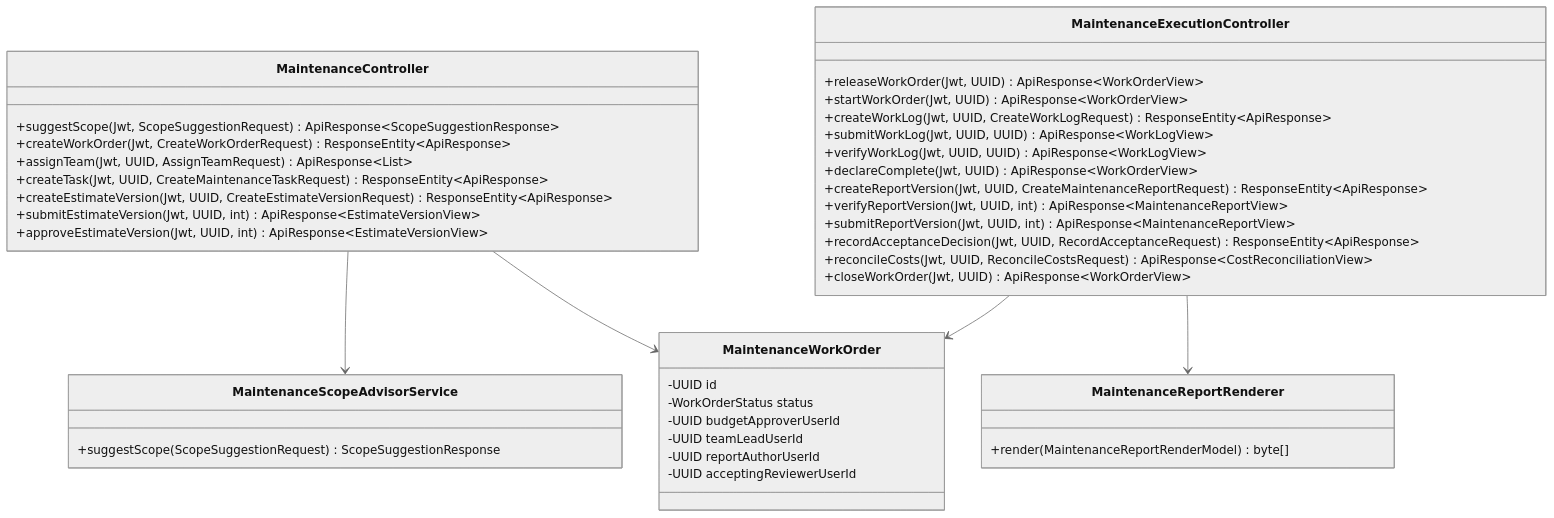
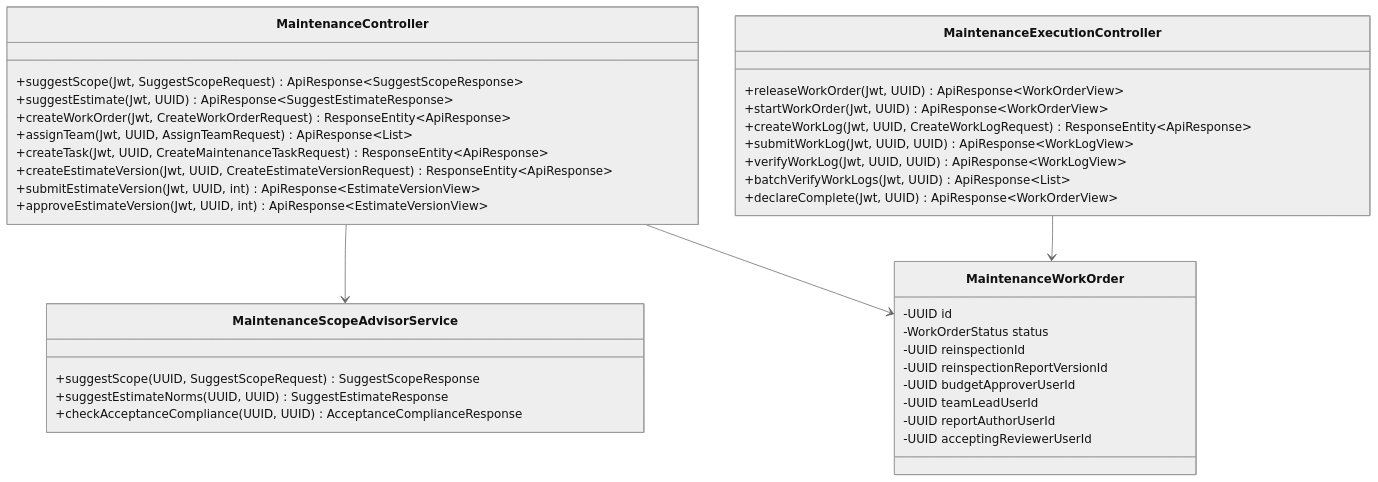
One commit to tungbach12/SmartDroneInspection-Docs changed diagram 19 of 23 in reports/report-4-software-design-document/03-detailed-design.md. Above: the diagram before and after it, drawn with Mermaid (neutral theme). The commit also changed other lines of this file and 245 other files, not shown here.

First line of the commit message:
docs(reports): synchronize all reports, diagrams, and test sheets to 5-role 8-feature baseline

````diff
--- a/reports/report-4-software-design-document/03-detailed-design.md
+++ b/reports/report-4-software-design-document/03-detailed-design.md
@@ -804,45 +796,41 @@
 ```mermaid
 %% title: Maintenance Work Order, RAG Advisor and Cost Control Class Diagram
 classDiagram
   class MaintenanceController {
-    +suggestScope(Jwt, ScopeSuggestionRequest) ApiResponse~ScopeSuggestionResponse~
+    +suggestScope(Jwt, SuggestScopeRequest) ApiResponse~SuggestScopeResponse~
+    +suggestEstimate(Jwt, UUID) ApiResponse~SuggestEstimateResponse~
     +createWorkOrder(Jwt, CreateWorkOrderRequest) ResponseEntity~ApiResponse~
     +assignTeam(Jwt, UUID, AssignTeamRequest) ApiResponse~List~
     +createTask(Jwt, UUID, CreateMaintenanceTaskRequest) ResponseEntity~ApiResponse~
     +createEstimateVersion(Jwt, UUID, CreateEstimateVersionRequest) ResponseEntity~ApiResponse~
     +submitEstimateVersion(Jwt, UUID, int) ApiResponse~EstimateVersionView~
     +approveEstimateVersion(Jwt, UUID, int) ApiResponse~EstimateVersionView~
   }
   class MaintenanceExecutionController {
     +releaseWorkOrder(Jwt, UUID) ApiResponse~WorkOrderView~
     +startWorkOrder(Jwt, UUID) ApiResponse~WorkOrderView~
     +createWorkLog(Jwt, UUID, CreateWorkLogRequest) ResponseEntity~ApiResponse~
     +submitWorkLog(Jwt, UUID, UUID) ApiResponse~WorkLogView~
     +verifyWorkLog(Jwt, UUID, UUID) ApiResponse~WorkLogView~
+    +batchVerifyWorkLogs(Jwt, UUID) ApiResponse~List~
     +declareComplete(Jwt, UUID) ApiResponse~WorkOrderView~
-    +createReportVersion(Jwt, UUID, CreateMaintenanceReportRequest) ResponseEntity~ApiResponse~
-    +verifyReportVersion(Jwt, UUID, int) ApiResponse~MaintenanceReportView~
-    +submitReportVersion(Jwt, UUID, int) ApiResponse~MaintenanceReportView~
-    +recordAcceptanceDecision(Jwt, UUID, RecordAcceptanceRequest) ResponseEntity~ApiResponse~
-    +reconcileCosts(Jwt, UUID, ReconcileCostsRequest) ApiResponse~CostReconciliationView~
-    +closeWorkOrder(Jwt, UUID) ApiResponse~WorkOrderView~
   }
   class MaintenanceScopeAdvisorService {
-    +suggestScope(ScopeSuggestionRequest) ScopeSuggestionResponse
-  }
-  class MaintenanceReportRenderer {
-    +render(MaintenanceReportRenderModel) byte[]
+    +suggestScope(UUID, SuggestScopeRequest) SuggestScopeResponse
+    +suggestEstimateNorms(UUID, UUID) SuggestEstimateResponse
+    +checkAcceptanceCompliance(UUID, UUID) AcceptanceComplianceResponse
   }
   class MaintenanceWorkOrder {
     -UUID id
     -WorkOrderStatus status
+    -UUID reinspectionId
+    -UUID reinspectionReportVersionId
     -UUID budgetApproverUserId
     -UUID teamLeadUserId
     -UUID reportAuthorUserId
     -UUID acceptingReviewerUserId
   }
   MaintenanceController --> MaintenanceScopeAdvisorService
   MaintenanceController --> MaintenanceWorkOrder
   MaintenanceExecutionController --> MaintenanceWorkOrder
-  MaintenanceExecutionController --> MaintenanceReportRenderer
 ```
````
